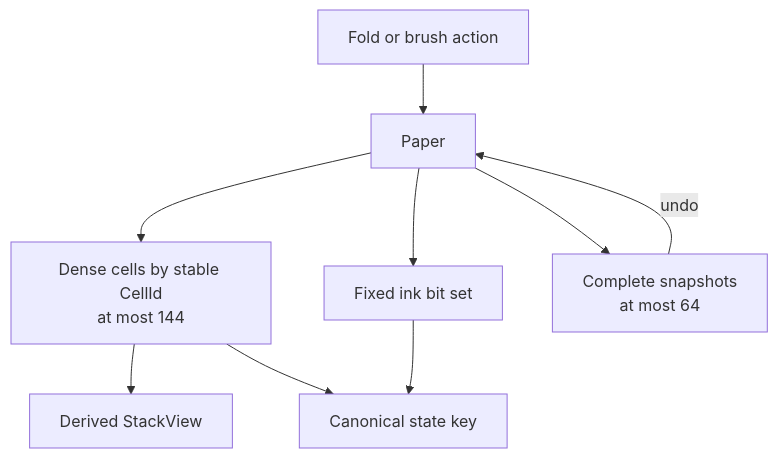
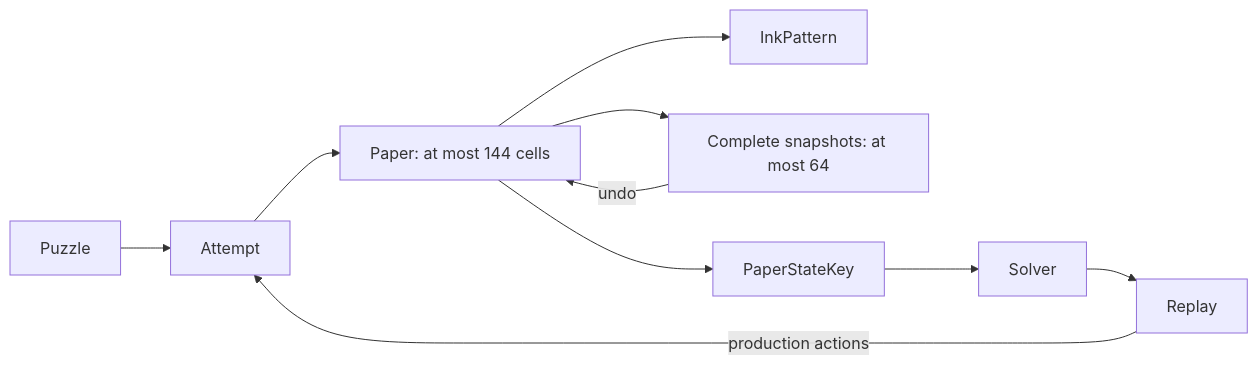
One commit to nuggocto/orifude changed the first of 2 diagrams in NOTEBOOK.md. Above: the diagram before and after it, drawn with Mermaid. The commit also changed other lines of this file and 19 other files, not shown here.

````diff
--- a/NOTEBOOK.md
+++ b/NOTEBOOK.md
@@ -185,11 +47,12 @@
 ```mermaid
-flowchart TD
-    Action["Fold or brush action"] --> Paper["Paper"]
-    Paper --> Cells["Dense cells by stable CellId<br/>at most 144"]
-    Paper --> Ink["Fixed ink bit set"]
-    Paper --> History["Complete snapshots<br/>at most 64"]
-    Cells --> Stack["Derived StackView"]
-    Cells --> Key["Canonical state key"]
-    Ink --> Key
+flowchart LR
+    Puzzle --> Attempt
+    Attempt --> Paper["Paper: at most 144 cells"]
+    Paper --> Ink["InkPattern"]
+    Paper --> History["Complete snapshots: at most 64"]
     History -->|undo| Paper
+    Paper --> Key["PaperStateKey"]
+    Key --> Solver
+    Solver --> Replay
+    Replay -->|production actions| Attempt
 ```
````
